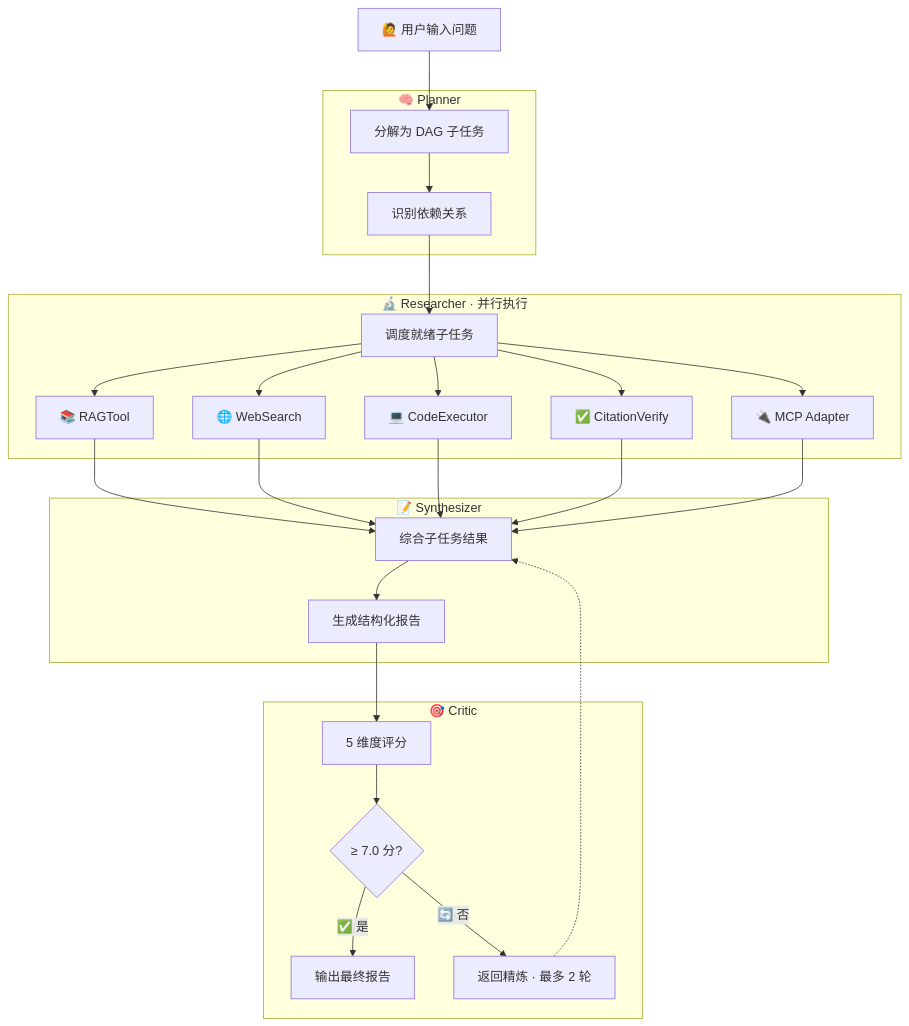
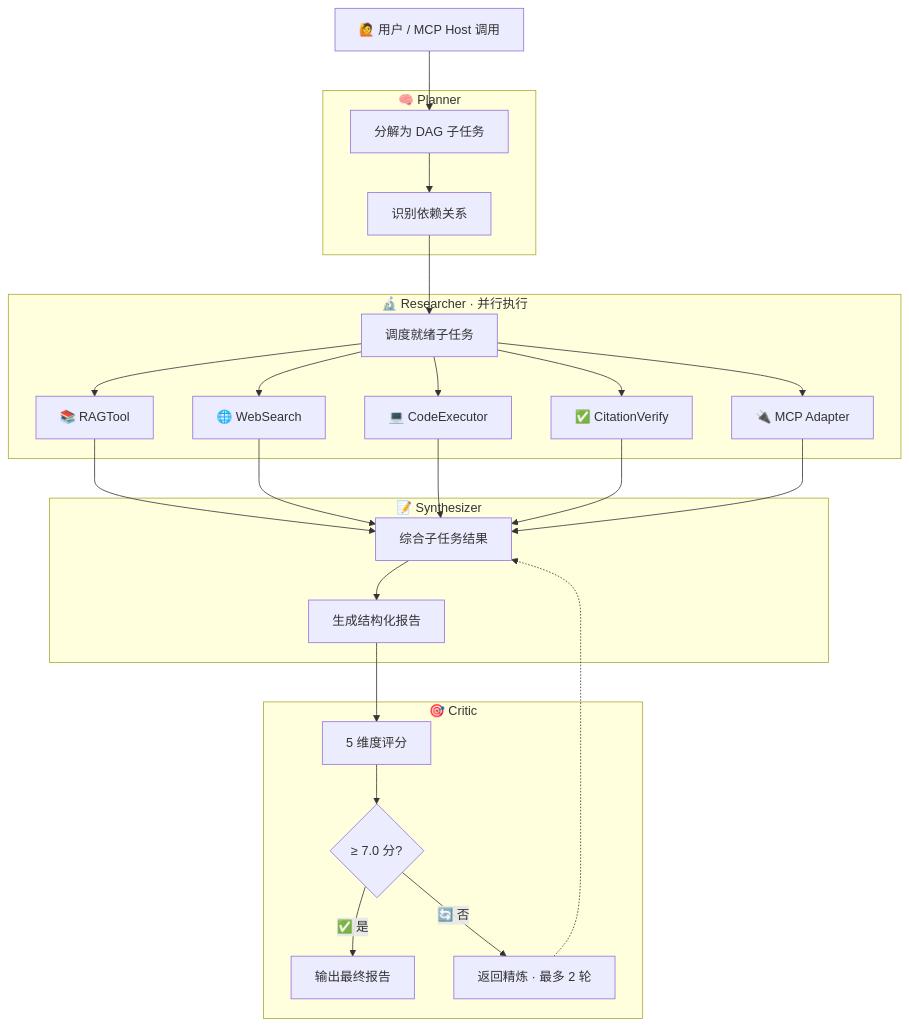
Before and after one commit to blankbrains/MindForge: the diagram in README.md, drawn with Mermaid. The commit also changed other lines of this file, not shown here.

Commit message:
docs: mcp-server 专用 README — 移除前端/React/UI 相关内容, 聚焦 MCP 协议与后端技术栈

````diff
--- a/README.md
+++ b/README.md
@@ -53,36 +38,28 @@
 ```mermaid
 flowchart TD
-    A[🙋 用户输入问题] --> B1
+    A[🙋 用户 / MCP Host 调用] --> B1
     subgraph B[🧠 Planner]
         B1[分解为 DAG 子任务] --> B2[识别依赖关系]
     end
     B2 --> C0
     subgraph C[🔬 Researcher · 并行执行]
         C0[调度就绪子任务]
         C1[📚 RAGTool]
         C2[🌐 WebSearch]
         C3[💻 CodeExecutor]
         C4[✅ CitationVerify]
         C5[🔌 MCP Adapter]
     end
-    C0 --> C1
-    C0 --> C2
-    C0 --> C3
-    C0 --> C4
-    C0 --> C5
-    C1 --> D1
-    C2 --> D1
-    C3 --> D1
-    C4 --> D1
-    C5 --> D1
+    C0 --> C1 & C2 & C3 & C4 & C5
+    C1 & C2 & C3 & C4 & C5 --> D1
     subgraph D[📝 Synthesizer]
         D1[综合子任务结果] --> D2[生成结构化报告]
     end
     D2 --> E1
     subgraph E[🎯 Critic]
         E1[5 维度评分] --> E2{"≥ 7.0 分?"}
         E2 -- ✅ 是 --> E3[输出最终报告]
         E2 -- 🔄 否 --> E4[返回精炼 · 最多 2 轮]
     end
     E4 -.-> D1
 ```
````
